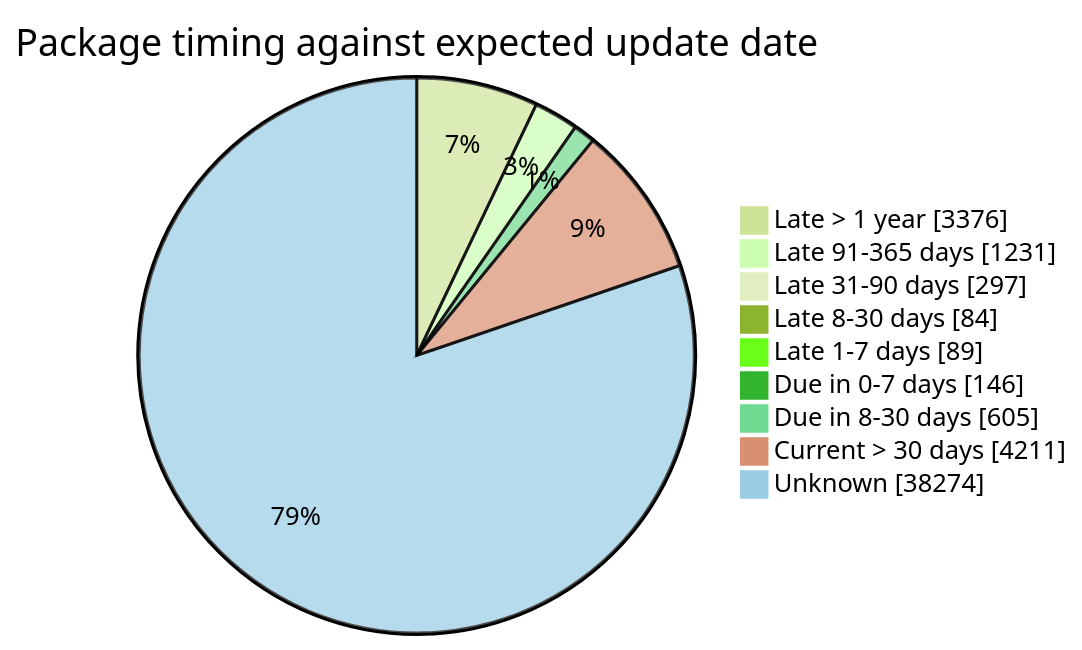
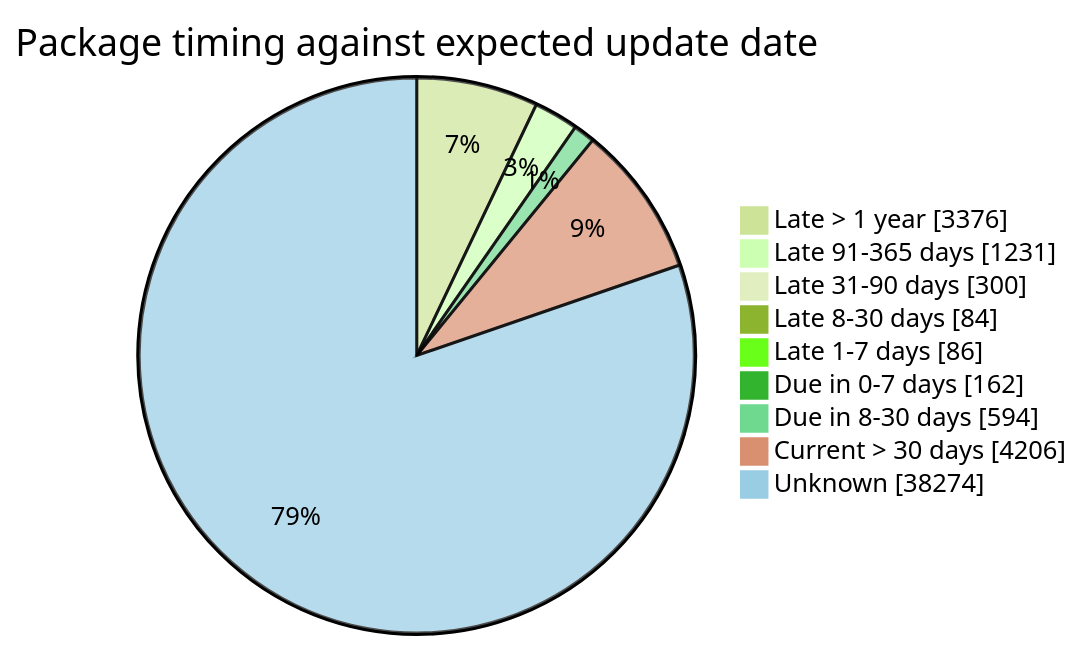
Before and after one commit to open-data/analytics-corporate-reporting: the fourth of 5 diagrams in FreshCheck/README.md, drawn with Mermaid (forest theme). The commit also changed other lines of this file and 3 other files, not shown here.

````diff
--- a/FreshCheck/README.md
+++ b/FreshCheck/README.md
@@ -86,12 +86,12 @@
 ```mermaid
 pie showData title Package timing against expected update date
     "Late > 1 year": 3376
     "Late 91-365 days": 1231
-    "Late 31-90 days": 297
+    "Late 31-90 days": 300
     "Late 8-30 days": 84
-    "Late 1-7 days": 89
-    "Due in 0-7 days": 146
-    "Due in 8-30 days": 605
-    "Current > 30 days": 4211
+    "Late 1-7 days": 86
+    "Due in 0-7 days": 162
+    "Due in 8-30 days": 594
+    "Current > 30 days": 4206
     "Unknown": 38274
 ```
````
